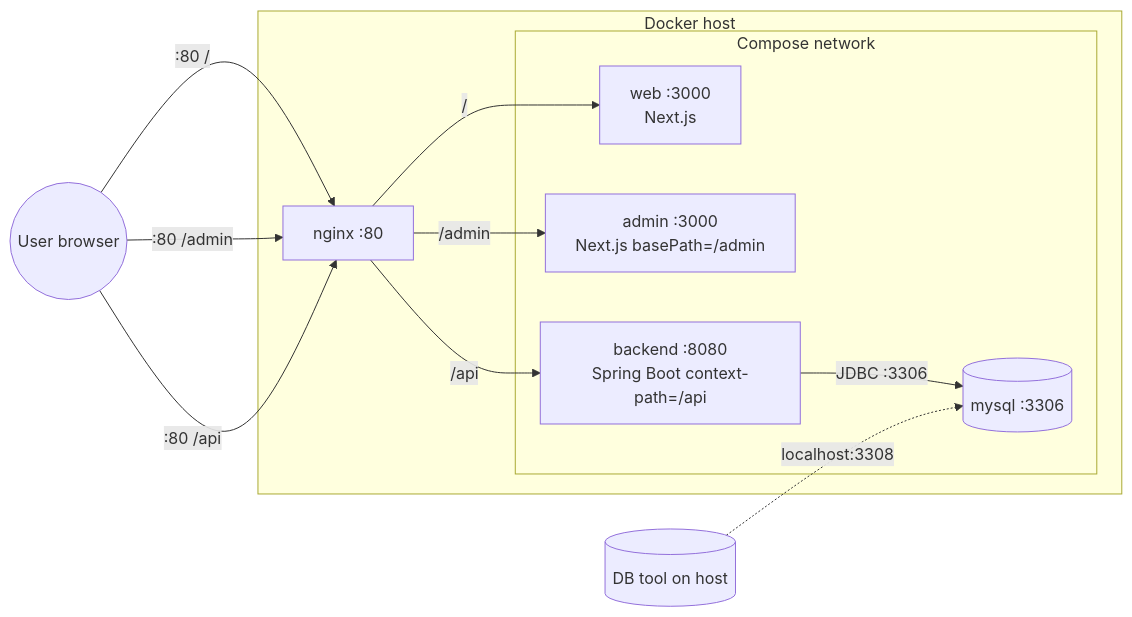
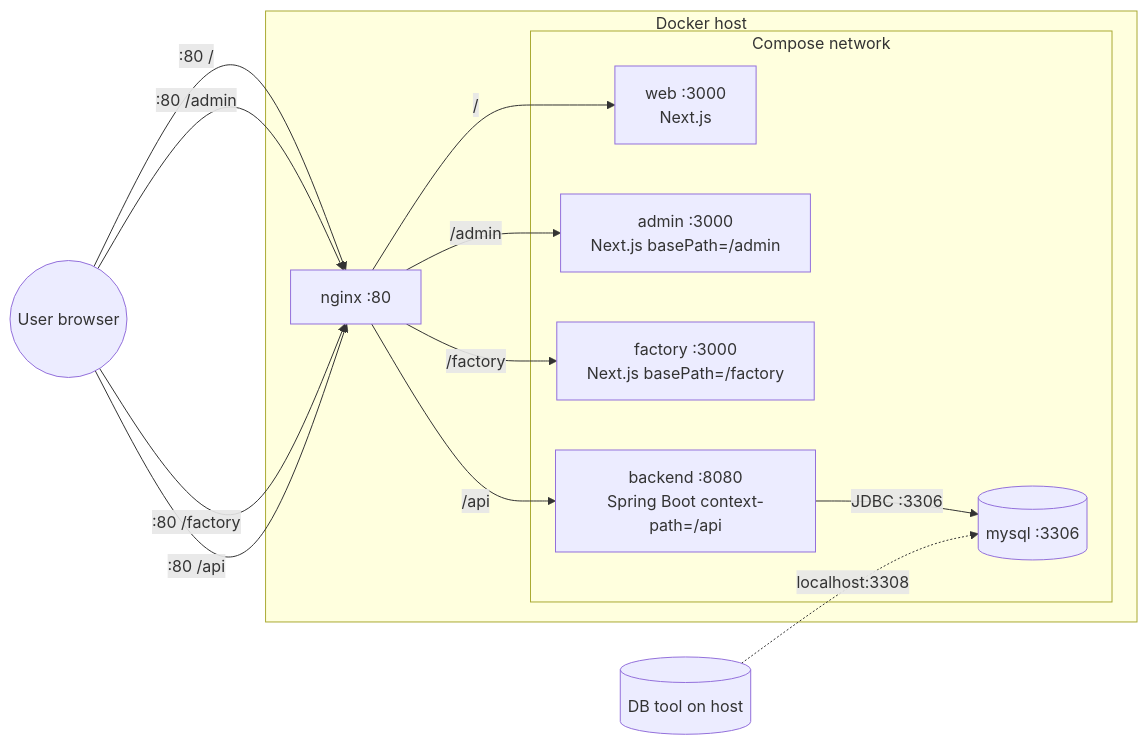
One commit to Kairo248/vektra changed the first of 2 diagrams in docs/architecture.md. Above: the diagram before and after it, drawn with Mermaid. The commit also changed other lines of this file and 76 other files, not shown here.

````diff
--- a/docs/architecture.md
+++ b/docs/architecture.md
@@ -117,26 +125,29 @@
 ```mermaid
 flowchart LR
     User((User browser))
     HostTool[(DB tool on host)]
 
     subgraph host[Docker host]
         Nginx[nginx :80]
         subgraph net[Compose network]
             Web[web :3000<br/>Next.js]
             Admin[admin :3000<br/>Next.js basePath=/admin]
+            Factory[factory :3000<br/>Next.js basePath=/factory]
             Backend[backend :8080<br/>Spring Boot context-path=/api]
             DB[(mysql :3306)]
         end
     end
 
     User -- ":80 /" --> Nginx
     User -- ":80 /admin" --> Nginx
+    User -- ":80 /factory" --> Nginx
     User -- ":80 /api" --> Nginx
 
     Nginx -- "/" --> Web
     Nginx -- "/admin" --> Admin
+    Nginx -- "/factory" --> Factory
     Nginx -- "/api" --> Backend
     Backend -- "JDBC :3306" --> DB
 
     HostTool -. "localhost:3308" .-> DB
 ```
````
